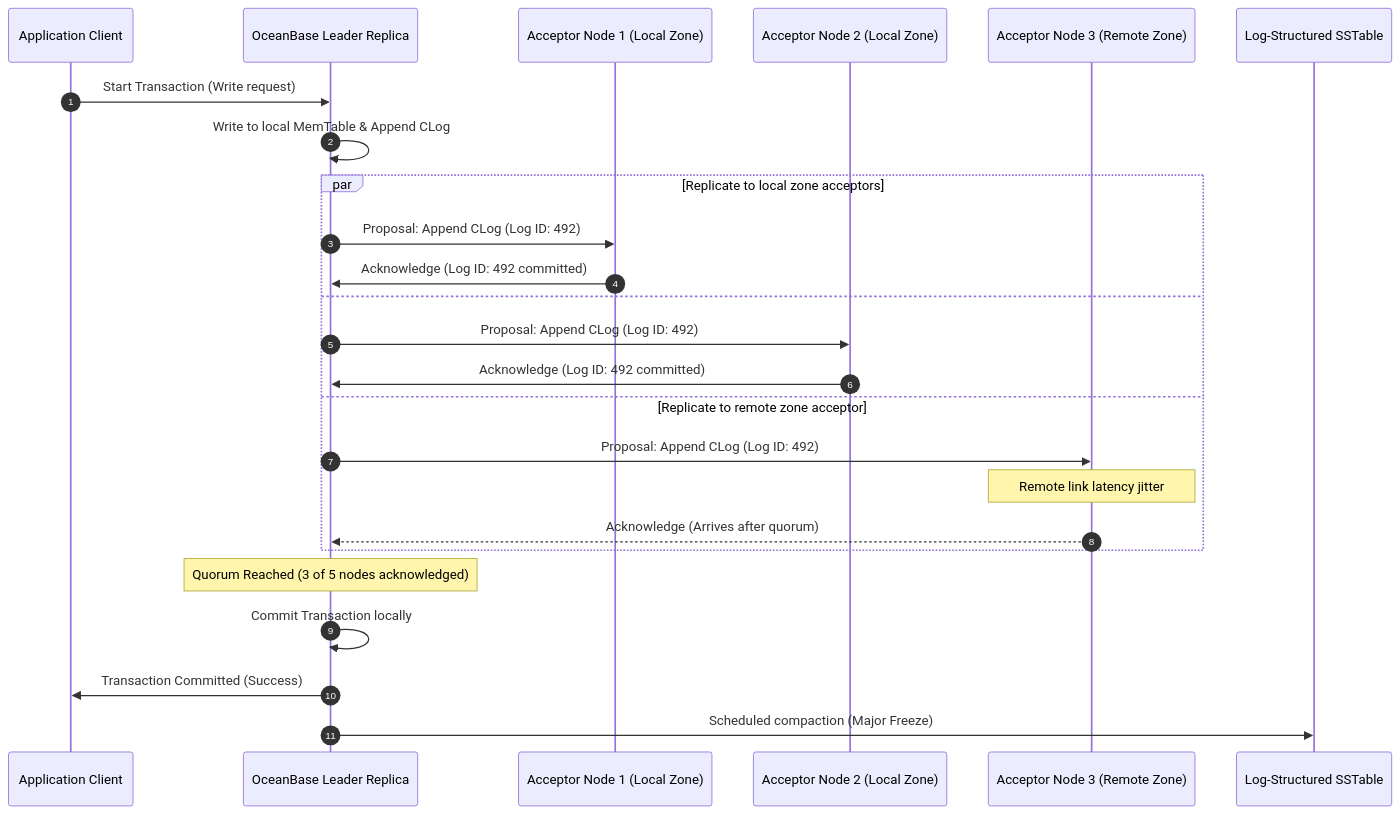
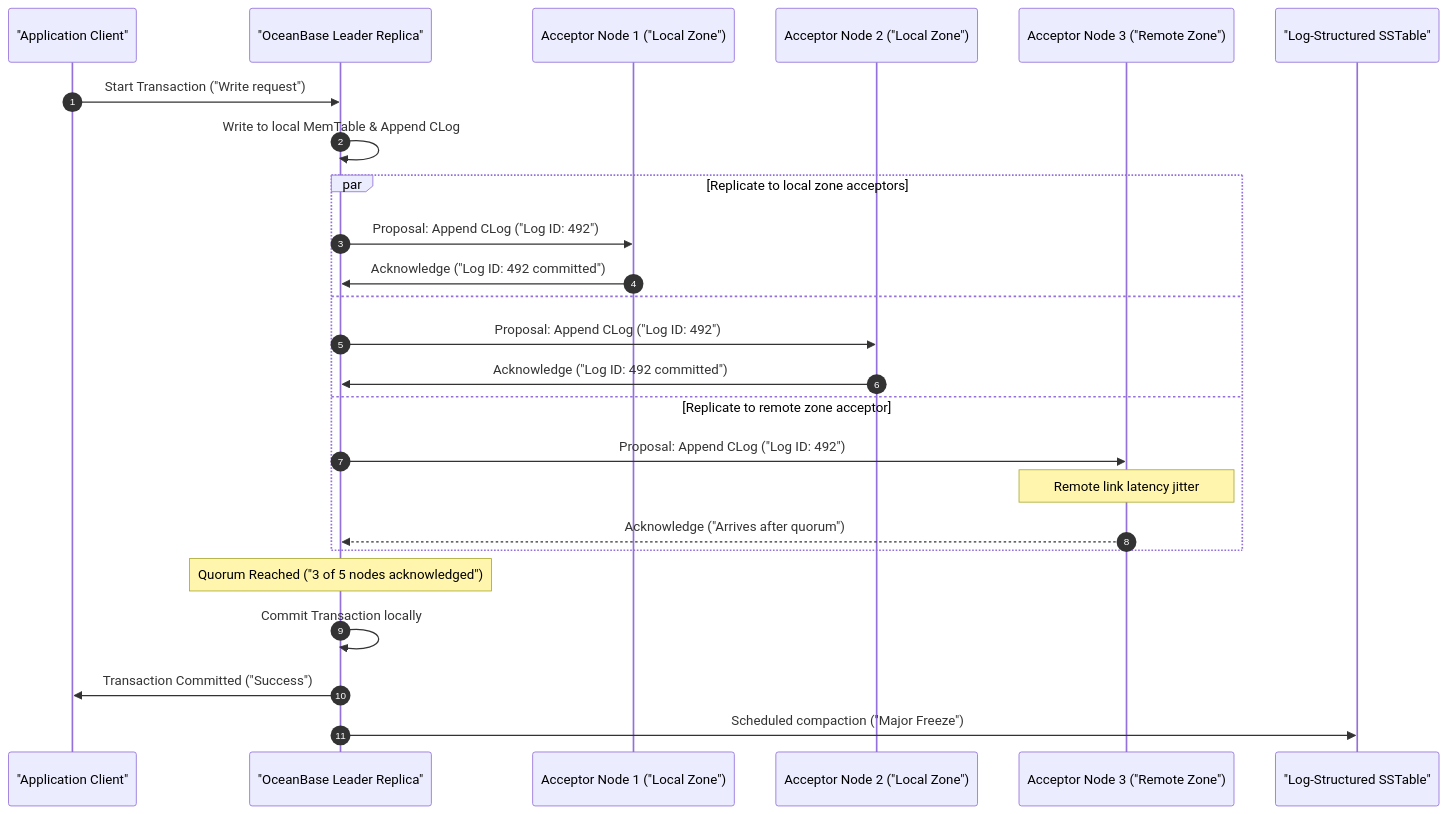
One commit to vesviet/vesviet changed the diagram in content/series/alipay-double-11/phase-4-deep-dive.md. Above: the diagram before and after it, drawn with Mermaid. The commit also changed other lines of this file and 331 other files, not shown here.

````diff
--- a/content/series/alipay-double-11/phase-4-deep-dive.md
+++ b/content/series/alipay-double-11/phase-4-deep-dive.md
@@ -179,31 +182,31 @@
 ```mermaid
 sequenceDiagram
     autonumber
-    participant Client as Application Client
-    participant Leader as OceanBase Leader Replica
-    participant Acc1 as Acceptor Node 1 (Local Zone)
-    participant Acc2 as Acceptor Node 2 (Local Zone)
-    participant Acc3 as Acceptor Node 3 (Remote Zone)
-    participant Storage as Log-Structured SSTable
+    participant Client as "Application Client"
+    participant Leader as "OceanBase Leader Replica"
+    participant Acc1 as Acceptor Node 1 ("Local Zone")
+    participant Acc2 as Acceptor Node 2 ("Local Zone")
+    participant Acc3 as Acceptor Node 3 ("Remote Zone")
+    participant Storage as "Log-Structured SSTable"
 
-    Client->>Leader: Start Transaction (Write request)
+    Client->>Leader: Start Transaction ("Write request")
     Leader->>Leader: Write to local MemTable & Append CLog
     
     par Replicate to local zone acceptors
-        Leader->>Acc1: Proposal: Append CLog (Log ID: 492)
-        Acc1->>Leader: Acknowledge (Log ID: 492 committed)
+        Leader->>Acc1: Proposal: Append CLog ("Log ID: 492")
+        Acc1->>Leader: Acknowledge ("Log ID: 492 committed")
     and
-        Leader->>Acc2: Proposal: Append CLog (Log ID: 492)
-        Acc2->>Leader: Acknowledge (Log ID: 492 committed)
+        Leader->>Acc2: Proposal: Append CLog ("Log ID: 492")
+        Acc2->>Leader: Acknowledge ("Log ID: 492 committed")
     and Replicate to remote zone acceptor
-        Leader->>Acc3: Proposal: Append CLog (Log ID: 492)
+        Leader->>Acc3: Proposal: Append CLog ("Log ID: 492")
         Note over Acc3: Remote link latency jitter
-        Acc3-->>Leader: Acknowledge (Arrives after quorum)
+        Acc3-->>Leader: Acknowledge ("Arrives after quorum")
     end
 
-    Note over Leader: Quorum Reached (3 of 5 nodes acknowledged)
+    Note over Leader: Quorum Reached ("3 of 5 nodes acknowledged")
     Leader->>Leader: Commit Transaction locally
-    Leader->>Client: Transaction Committed (Success)
+    Leader->>Client: Transaction Committed ("Success")
     
-    Leader->>Storage: Scheduled compaction (Major Freeze)
+    Leader->>Storage: Scheduled compaction ("Major Freeze")
 ```
````
